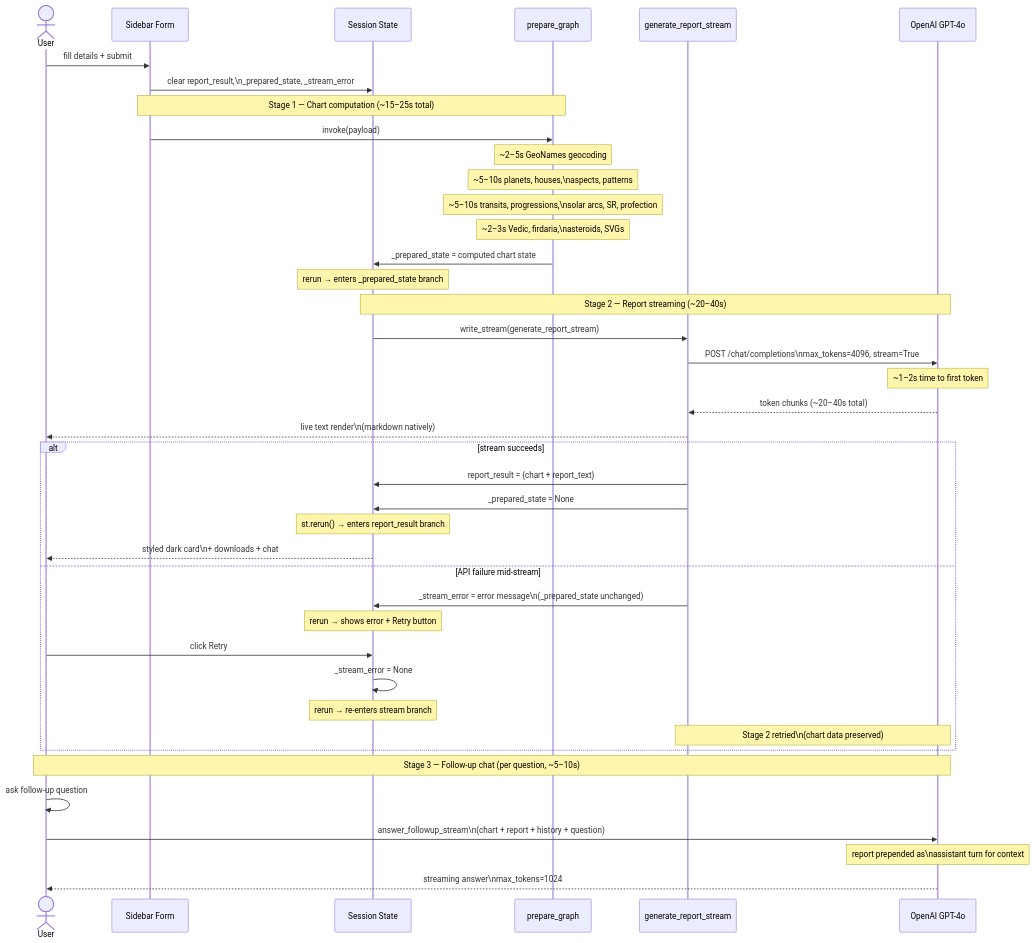
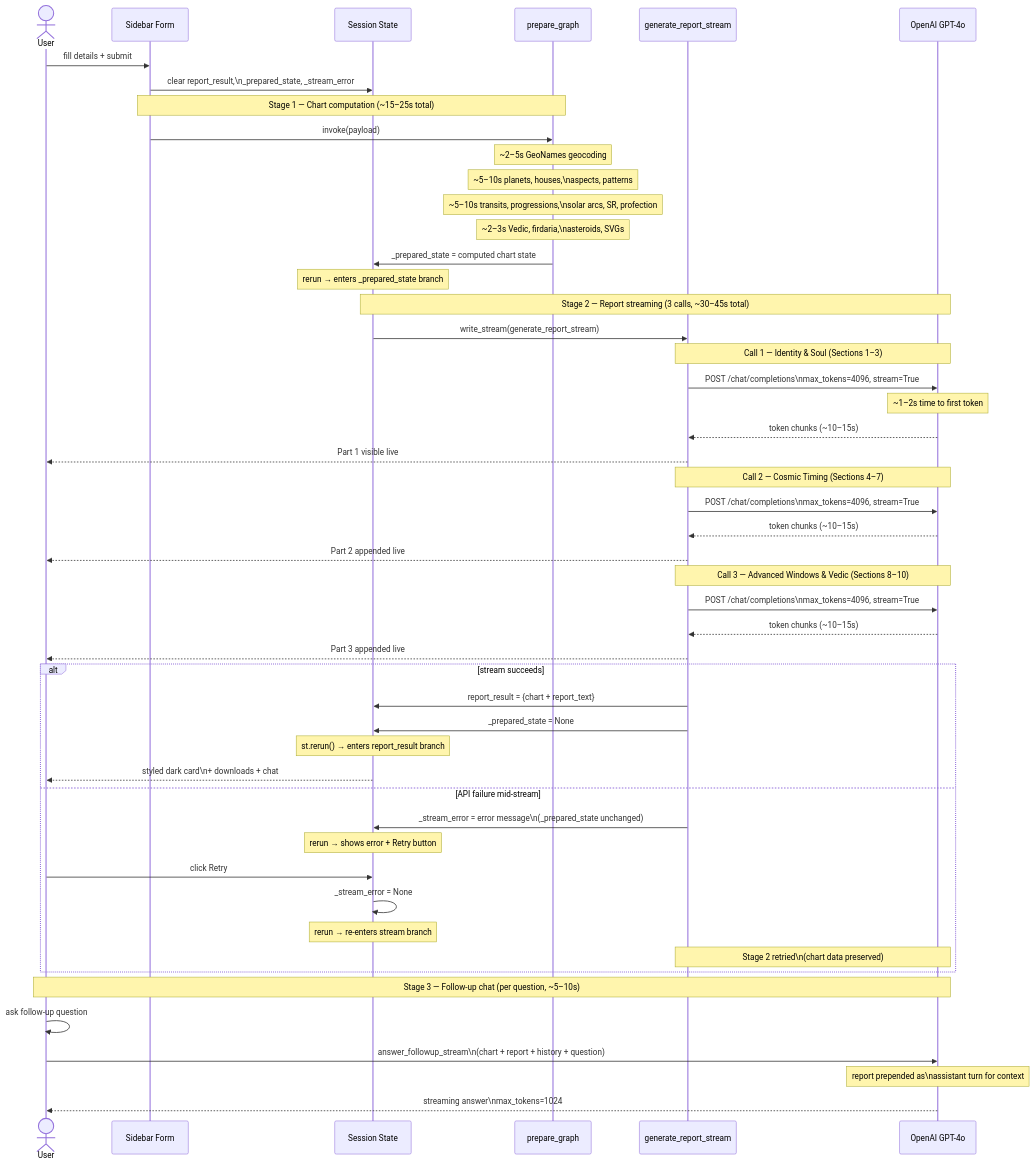
Before and after one commit to swamyswamynathan123/personalastrologeragent: diagram 12 of 12 in Architecture.md, drawn with Mermaid. The commit also changed other lines of this file and 2 other files, not shown here.

````diff
--- a/Architecture.md
+++ b/Architecture.md
@@ -472,51 +481,63 @@
 ```mermaid
 sequenceDiagram
     actor User
     participant Form as Sidebar Form
     participant SS as Session State
     participant PG as prepare_graph
     participant Stream as generate_report_stream
     participant OAI as OpenAI GPT-4o
 
     User->>Form: fill details + submit
     Form->>SS: clear report_result,\n_prepared_state, _stream_error
 
     Note over Form,PG: Stage 1 — Chart computation (~15–25s total)
     Form->>PG: invoke(payload)
 
     Note over PG: ~2–5s GeoNames geocoding
     Note over PG: ~5–10s planets, houses,\naspects, patterns
     Note over PG: ~5–10s transits, progressions,\nsolar arcs, SR, profection
     Note over PG: ~2–3s Vedic, firdaria,\nasteroids, SVGs
 
     PG->>SS: _prepared_state = computed chart state
 
     Note over SS: rerun → enters _prepared_state branch
 
-    Note over SS,OAI: Stage 2 — Report streaming (~20–40s)
+    Note over SS,OAI: Stage 2 — Report streaming (3 calls, ~30–45s total)
     SS->>Stream: write_stream(generate_report_stream)
+
+    Note over Stream,OAI: Call 1 — Identity & Soul (Sections 1–3)
     Stream->>OAI: POST /chat/completions\nmax_tokens=4096, stream=True
     Note over OAI: ~1–2s time to first token
-    OAI-->>Stream: token chunks (~20–40s total)
-    Stream-->>User: live text render\n(markdown natively)
+    OAI-->>Stream: token chunks (~10–15s)
+    Stream-->>User: Part 1 visible live
+
+    Note over Stream,OAI: Call 2 — Cosmic Timing (Sections 4–7)
+    Stream->>OAI: POST /chat/completions\nmax_tokens=4096, stream=True
+    OAI-->>Stream: token chunks (~10–15s)
+    Stream-->>User: Part 2 appended live
+
+    Note over Stream,OAI: Call 3 — Advanced Windows & Vedic (Sections 8–10)
+    Stream->>OAI: POST /chat/completions\nmax_tokens=4096, stream=True
+    OAI-->>Stream: token chunks (~10–15s)
+    Stream-->>User: Part 3 appended live
 
     alt stream succeeds
         Stream->>SS: report_result = {chart + report_text}
         Stream->>SS: _prepared_state = None
         Note over SS: st.rerun() → enters report_result branch
         SS-->>User: styled dark card\n+ downloads + chat
     else API failure mid-stream
         Stream->>SS: _stream_error = error message\n(_prepared_state unchanged)
         Note over SS: rerun → shows error + Retry button
         User->>SS: click Retry
         SS->>SS: _stream_error = None
         Note over SS: rerun → re-enters stream branch
         Note over Stream,OAI: Stage 2 retried\n(chart data preserved)
     end
 
     Note over User,OAI: Stage 3 — Follow-up chat (per question, ~5–10s)
     User->>User: ask follow-up question
     User->>OAI: answer_followup_stream\n(chart + report + history + question)
     Note over OAI: report prepended as\nassistant turn for context
     OAI-->>User: streaming answer\nmax_tokens=1024
 ```
````
